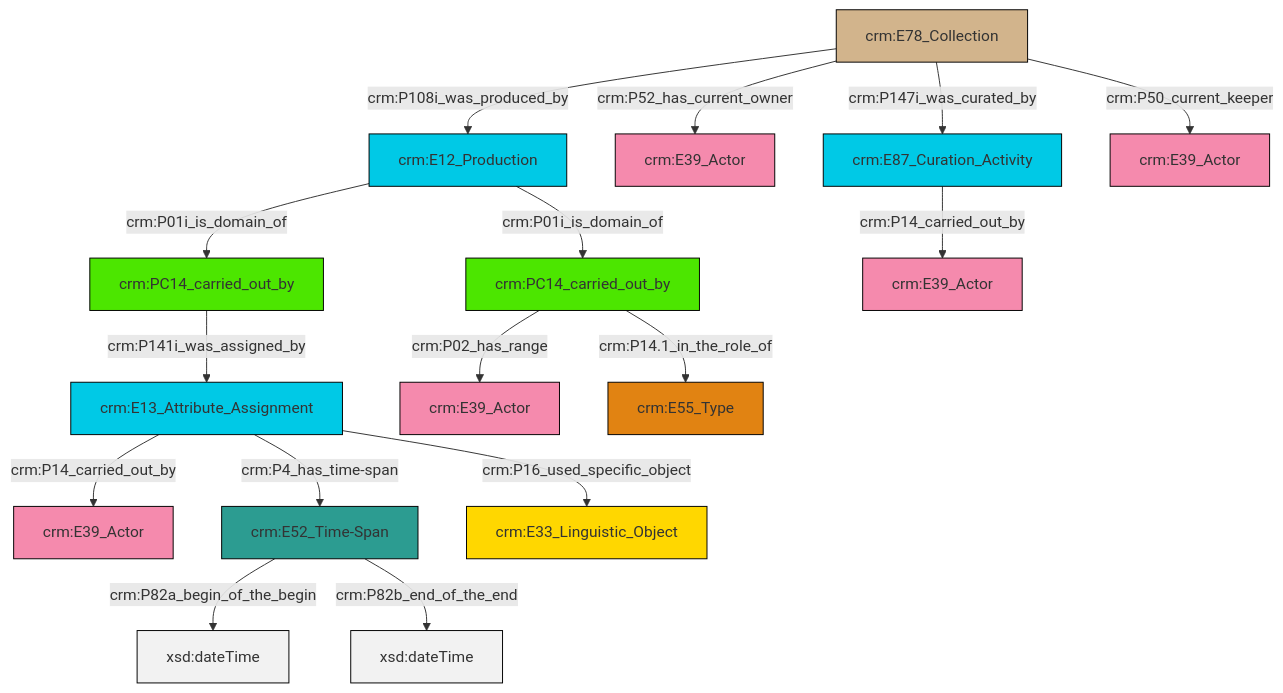
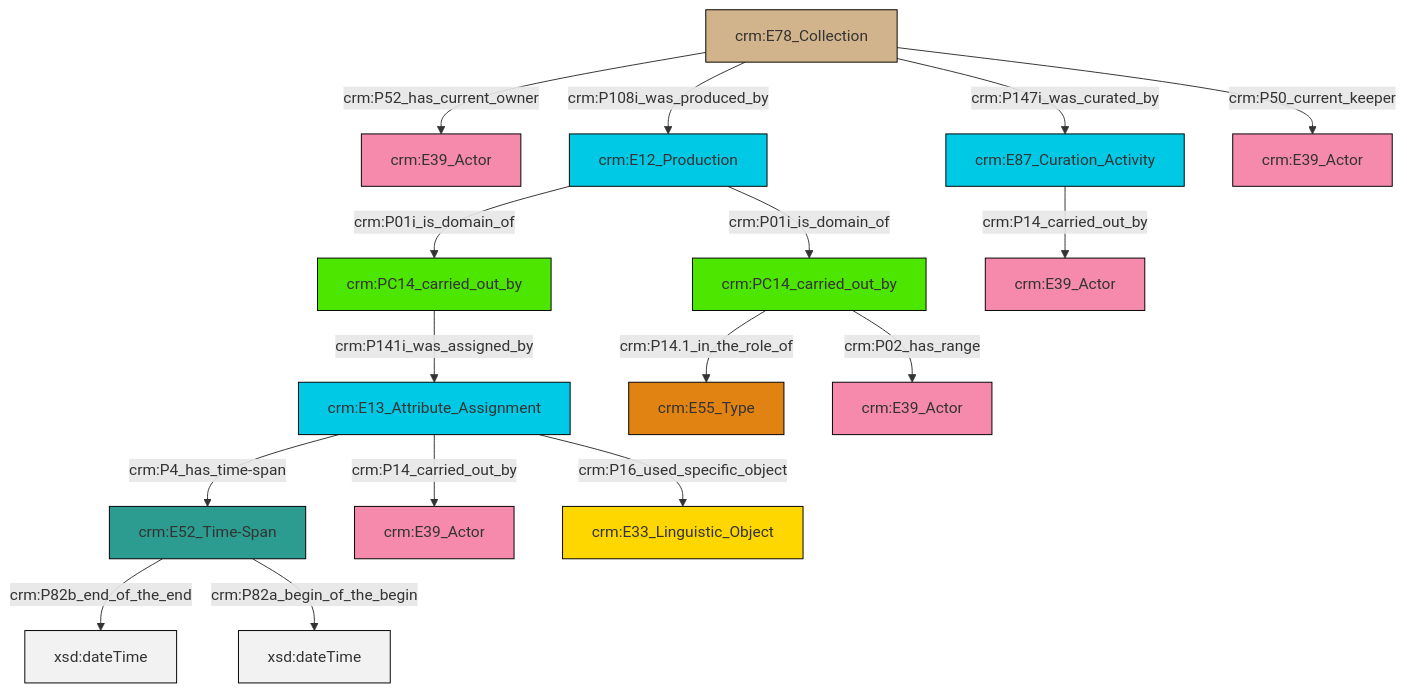
One commit to swiss-art-research-net/docs.swissartresearch changed the diagram in et/archivalCSV/ttl/mmd/archival_relation.ttl.mmd. Above: the diagram before and after it, drawn with Mermaid. The commit also changed 208 other files, not shown here.

```diff
--- a/et/archivalCSV/ttl/mmd/archival_relation.ttl.mmd
+++ b/et/archivalCSV/ttl/mmd/archival_relation.ttl.mmd
@@ -1,30 +1,30 @@
 graph TD
 classDef Literal fill:#f2f2f2,stroke:#000000;
 classDef CRM_Entity fill:#FFFFFF,stroke:#000000;
 classDef Temporal_Entity fill:#00C9E6, stroke:#000000;
 classDef Type fill:#E18312, stroke:#000000;
 classDef Time-Span fill:#2C9C91, stroke:#000000;
 classDef Appellation fill:#FFEB7F, stroke:#000000;
 classDef Place fill:#008836, stroke:#000000;
 classDef Persistent_Item fill:#B266B2, stroke:#000000;
 classDef Conceptual_Object fill:#FFD700, stroke:#000000;
 classDef Physical_Thing fill:#D2B48C, stroke:#000000;
 classDef Actor fill:#f58aad, stroke:#000000;
 classDef PC_Classes fill:#4ce600, stroke:#000000;
 classDef Multi fill:#cccccc,stroke:#000000;
 
-2["crm:E13_Attribute_Assignment"]:::Temporal_Entity -->|crm:P14_carried_out_by| 3["crm:E39_Actor"]:::Actor
-6["crm:PC14_carried_out_by"]:::PC_Classes -->|crm:P02_has_range| 4["crm:E39_Actor"]:::Actor
-2["crm:E13_Attribute_Assignment"]:::Temporal_Entity -->|crm:P16_used_specific_object| 11["crm:E33_Linguistic_Object"]:::Conceptual_Object
-14["crm:E78_Collection"]:::Physical_Thing -->|crm:P108i_was_produced_by| 15["crm:E12_Production"]:::Temporal_Entity
-15["crm:E12_Production"]:::Temporal_Entity -->|crm:P01i_is_domain_of| 17["crm:PC14_carried_out_by"]:::PC_Classes
-2["crm:E13_Attribute_Assignment"]:::Temporal_Entity -->|crm:P4_has_time-span| 8["crm:E52_Time-Span"]:::Time-Span
-14["crm:E78_Collection"]:::Physical_Thing -->|crm:P52_has_current_owner| 12["crm:E39_Actor"]:::Actor
-14["crm:E78_Collection"]:::Physical_Thing -->|crm:P147i_was_curated_by| 0["crm:E87_Curation_Activity"]:::Temporal_Entity
-6["crm:PC14_carried_out_by"]:::PC_Classes -->|crm:P14.1_in_the_role_of| 20["crm:E55_Type"]:::Type
-17["crm:PC14_carried_out_by"]:::PC_Classes -->|crm:P141i_was_assigned_by| 2["crm:E13_Attribute_Assignment"]:::Temporal_Entity
-8["crm:E52_Time-Span"]:::Time-Span -->|crm:P82a_begin_of_the_begin| 25[xsd:dateTime]:::Literal
-0["crm:E87_Curation_Activity"]:::Temporal_Entity -->|crm:P14_carried_out_by| 23["crm:E39_Actor"]:::Actor
-14["crm:E78_Collection"]:::Physical_Thing -->|crm:P50_current_keeper| 21["crm:E39_Actor"]:::Actor
-8["crm:E52_Time-Span"]:::Time-Span -->|crm:P82b_end_of_the_end| 29[xsd:dateTime]:::Literal
-15["crm:E12_Production"]:::Temporal_Entity -->|crm:P01i_is_domain_of| 6["crm:PC14_carried_out_by"]:::PC_Classes
+4["crm:E78_Collection"]:::Physical_Thing -->|crm:P52_has_current_owner| 5["crm:E39_Actor"]:::Actor
+8["crm:E13_Attribute_Assignment"]:::Temporal_Entity -->|crm:P14_carried_out_by| 9["crm:E39_Actor"]:::Actor
+2["crm:E52_Time-Span"]:::Time-Span -->|crm:P82b_end_of_the_end| 10[xsd:dateTime]:::Literal
+0["crm:PC14_carried_out_by"]:::PC_Classes -->|crm:P14.1_in_the_role_of| 12["crm:E55_Type"]:::Type
+13["crm:PC14_carried_out_by"]:::PC_Classes -->|crm:P141i_was_assigned_by| 8["crm:E13_Attribute_Assignment"]:::Temporal_Entity
+8["crm:E13_Attribute_Assignment"]:::Temporal_Entity -->|crm:P16_used_specific_object| 17["crm:E33_Linguistic_Object"]:::Conceptual_Object
+14["crm:E12_Production"]:::Temporal_Entity -->|crm:P01i_is_domain_of| 0["crm:PC14_carried_out_by"]:::PC_Classes
+8["crm:E13_Attribute_Assignment"]:::Temporal_Entity -->|crm:P4_has_time-span| 2["crm:E52_Time-Span"]:::Time-Span
+4["crm:E78_Collection"]:::Physical_Thing -->|crm:P50_current_keeper| 18["crm:E39_Actor"]:::Actor
+0["crm:PC14_carried_out_by"]:::PC_Classes -->|crm:P02_has_range| 21["crm:E39_Actor"]:::Actor
+14["crm:E12_Production"]:::Temporal_Entity -->|crm:P01i_is_domain_of| 13["crm:PC14_carried_out_by"]:::PC_Classes
+4["crm:E78_Collection"]:::Physical_Thing -->|crm:P147i_was_curated_by| 6["crm:E87_Curation_Activity"]:::Temporal_Entity
+2["crm:E52_Time-Span"]:::Time-Span -->|crm:P82a_begin_of_the_begin| 26[xsd:dateTime]:::Literal
+6["crm:E87_Curation_Activity"]:::Temporal_Entity -->|crm:P14_carried_out_by| 27["crm:E39_Actor"]:::Actor
+4["crm:E78_Collection"]:::Physical_Thing -->|crm:P108i_was_produced_by| 14["crm:E12_Production"]:::Temporal_Entity
```
